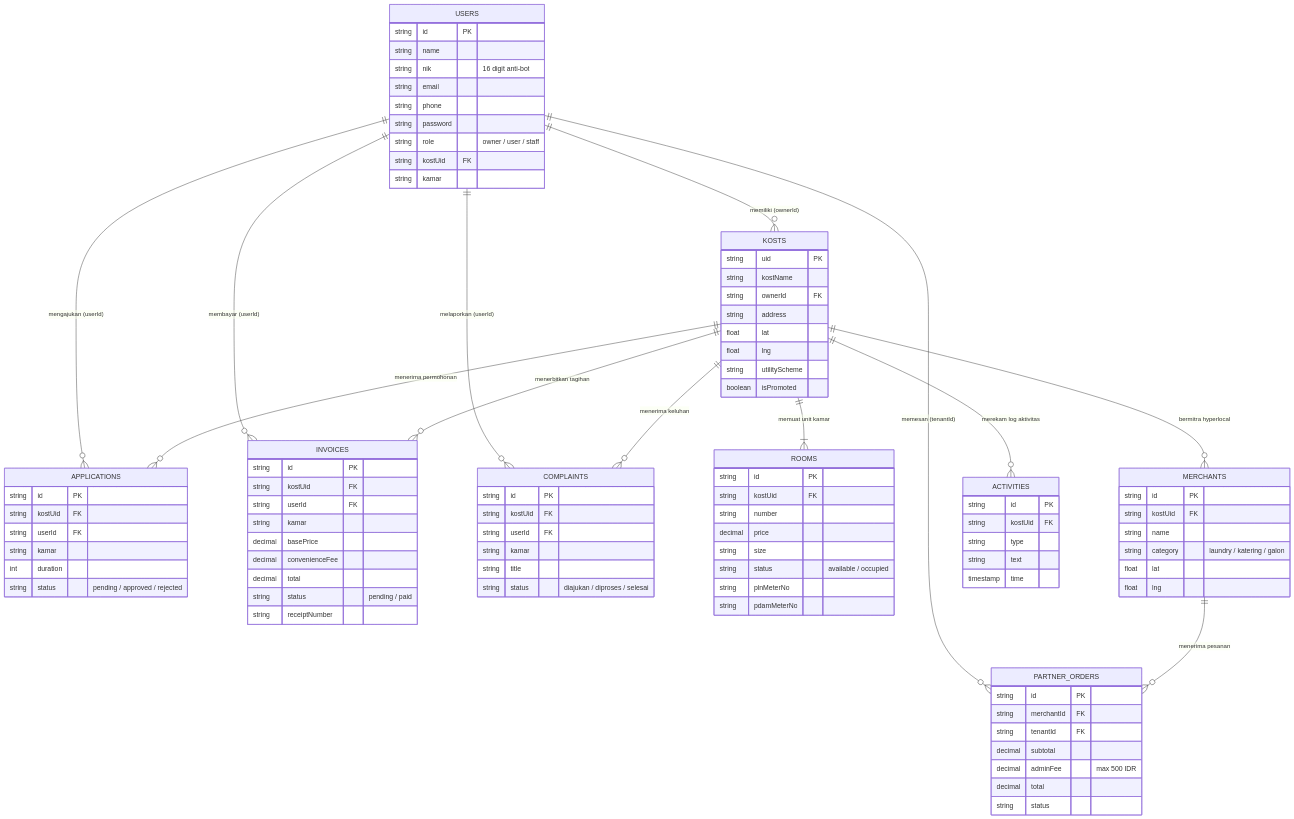
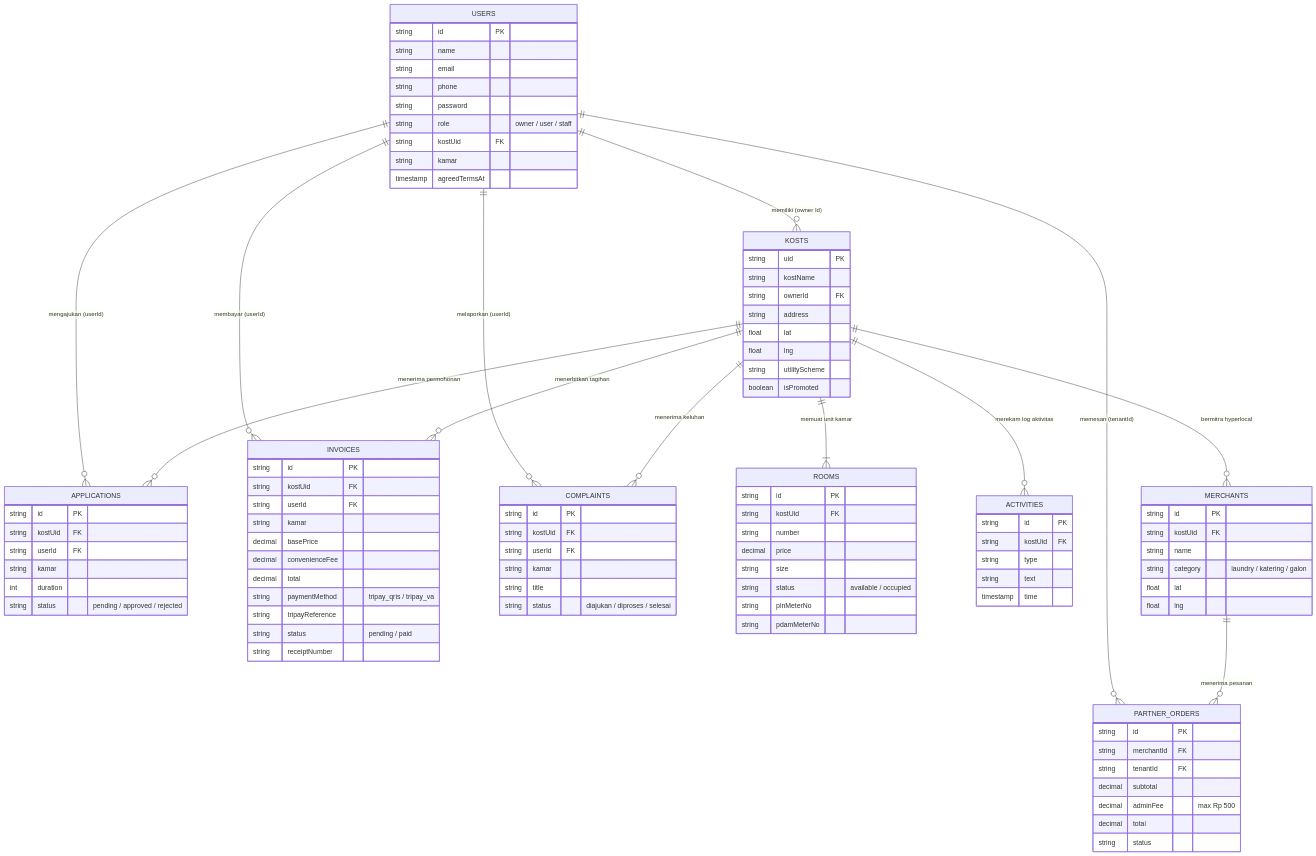
Before and after one commit to renartacayle/kostku: the sixth of 7 diagrams in docs/SKPL_KostKu.md, drawn with Mermaid. The commit also changed other lines of this file and 191 other files, not shown here.

````diff
--- a/docs/SKPL_KostKu.md
+++ b/docs/SKPL_KostKu.md
@@ -467,6 +502,6 @@
 ```mermaid
 erDiagram
-    USERS ||--o{ KOSTS : "memiliki (ownerId)"
+    USERS ||--o{ KOSTS : "memiliki (owner Id)"
     USERS ||--o{ APPLICATIONS : "mengajukan (userId)"
     USERS ||--o{ INVOICES : "membayar (userId)"
     USERS ||--o{ COMPLAINTS : "melaporkan (userId)"
@@ -476,21 +511,21 @@
     KOSTS ||--o{ APPLICATIONS : "menerima permohonan"
     KOSTS ||--o{ INVOICES : "menerbitkan tagihan"
     KOSTS ||--o{ COMPLAINTS : "menerima keluhan"
+    KOSTS ||--o{ ACTIVITIES : "merekam log aktivitas"
     KOSTS ||--o{ MERCHANTS : "bermitra hyperlocal"
-    KOSTS ||--o{ ACTIVITIES : "merekam log aktivitas"
 
     MERCHANTS ||--o{ PARTNER_ORDERS : "menerima pesanan"
 
     USERS {
         string id PK
         string name
-        string nik "16 digit anti-bot"
         string email
         string phone
         string password
         string role "owner / user / staff"
         string kostUid FK
         string kamar
+        timestamp agreedTermsAt
     }
 
     KOSTS {
@@ -532,6 +567,8 @@
         decimal basePrice
         decimal convenienceFee
         decimal total
+        string paymentMethod "tripay_qris / tripay_va"
+        string tripayReference
         string status "pending / paid"
         string receiptNumber
     }
@@ -559,7 +596,7 @@
         string merchantId FK
         string tenantId FK
         decimal subtotal
-        decimal adminFee "max 500 IDR"
+        decimal adminFee "max Rp 500"
         decimal total
         string status
     }
````
